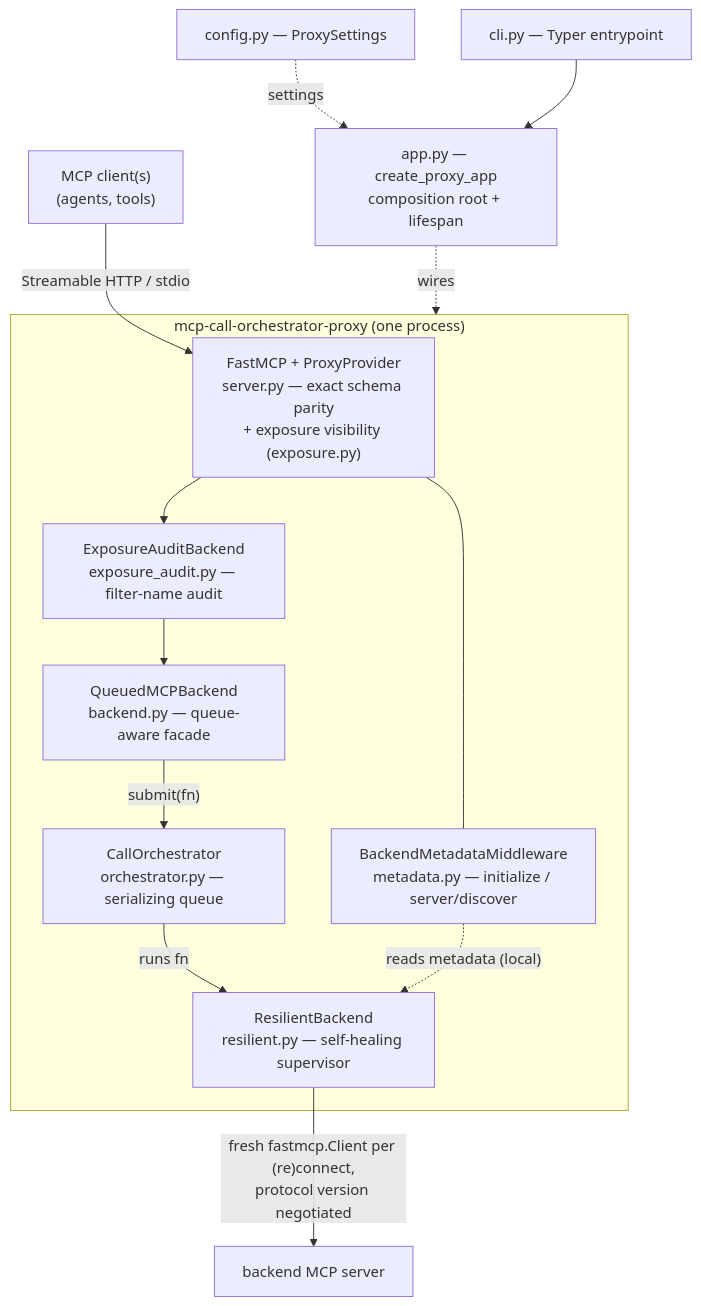
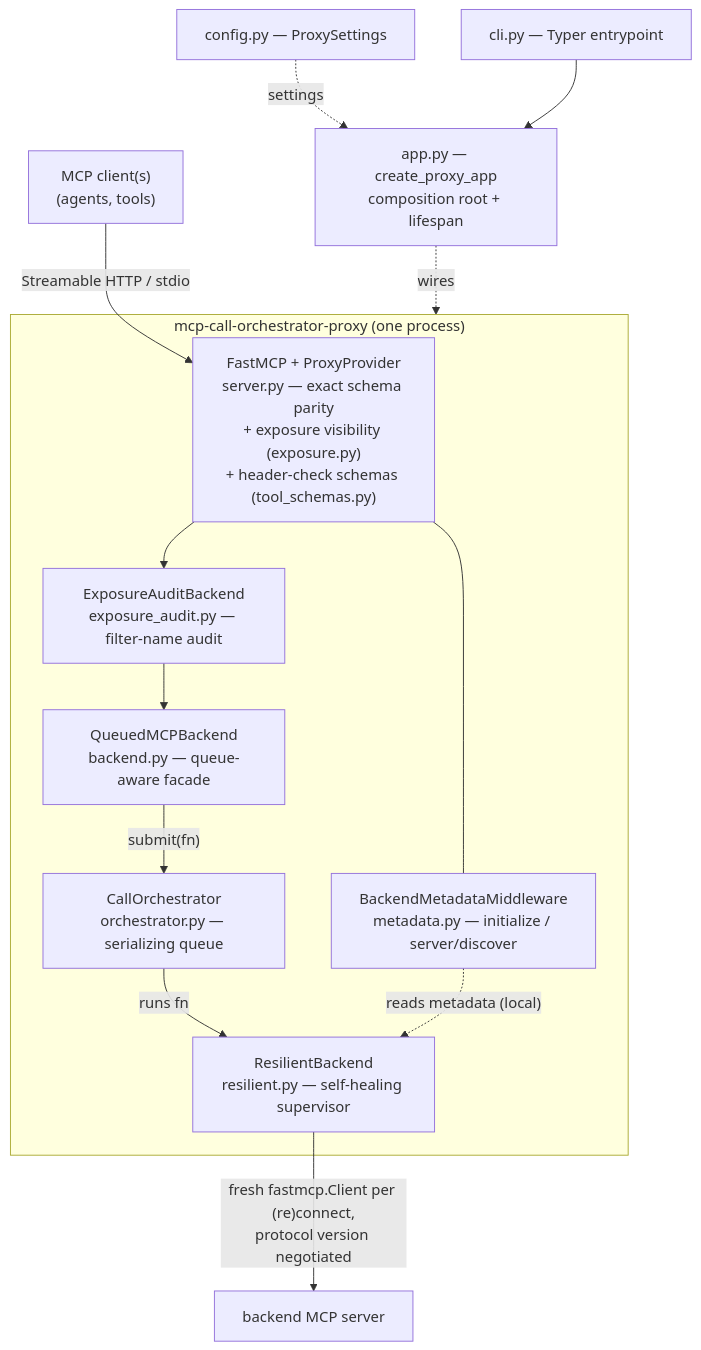
Before and after one commit to eoc-llm-tooling/mcp-call-orchestrator-proxy: the diagram in ARCHITECTURE.md, drawn with Mermaid. The commit also changed other lines of this file and 6 other files, not shown here.

Commit message:
fix(server): check mcp-param headers against the served tool list

````diff
--- a/ARCHITECTURE.md
+++ b/ARCHITECTURE.md
@@ -73,25 +73,25 @@
 ```mermaid
 flowchart TD
     C["MCP client(s)<br/>(agents, tools)"] -->|"Streamable HTTP / stdio"| P
 
     subgraph proxy["mcp-call-orchestrator-proxy (one process)"]
-        P["FastMCP + ProxyProvider<br/>server.py — exact schema parity<br/>+ exposure visibility (exposure.py)"]
+        P["FastMCP + ProxyProvider<br/>server.py — exact schema parity<br/>+ exposure visibility (exposure.py)<br/>+ header-check schemas (tool_schemas.py)"]
         M["BackendMetadataMiddleware<br/>metadata.py — initialize / server/discover"]
         E["ExposureAuditBackend<br/>exposure_audit.py — filter-name audit"]
         Q["QueuedMCPBackend<br/>backend.py — queue-aware facade"]
         O["CallOrchestrator<br/>orchestrator.py — serializing queue"]
         R["ResilientBackend<br/>resilient.py — self-healing supervisor"]
         P --> E
         E --> Q
         Q -->|"submit(fn)"| O
         O -->|"runs fn"| R
         P --- M
         M -.->|"reads metadata (local)"| R
     end
 
     R -->|"fresh fastmcp.Client per (re)connect,<br/>protocol version negotiated"| B["backend MCP server"]
 
     A["app.py — create_proxy_app<br/>composition root + lifespan"] -.wires.-> proxy
     CFG["config.py — ProxySettings"] -.->|"settings"| A
     CLI["cli.py — Typer entrypoint"] --> A
 ```
````
